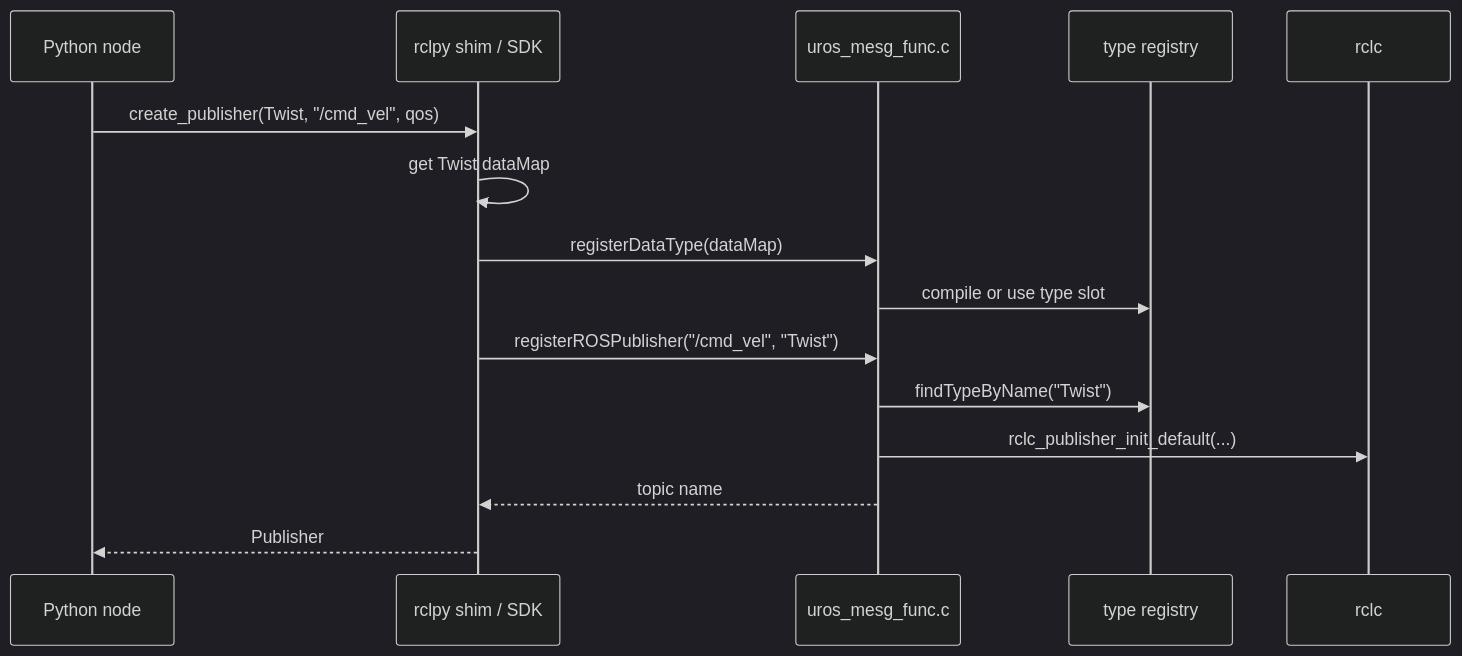
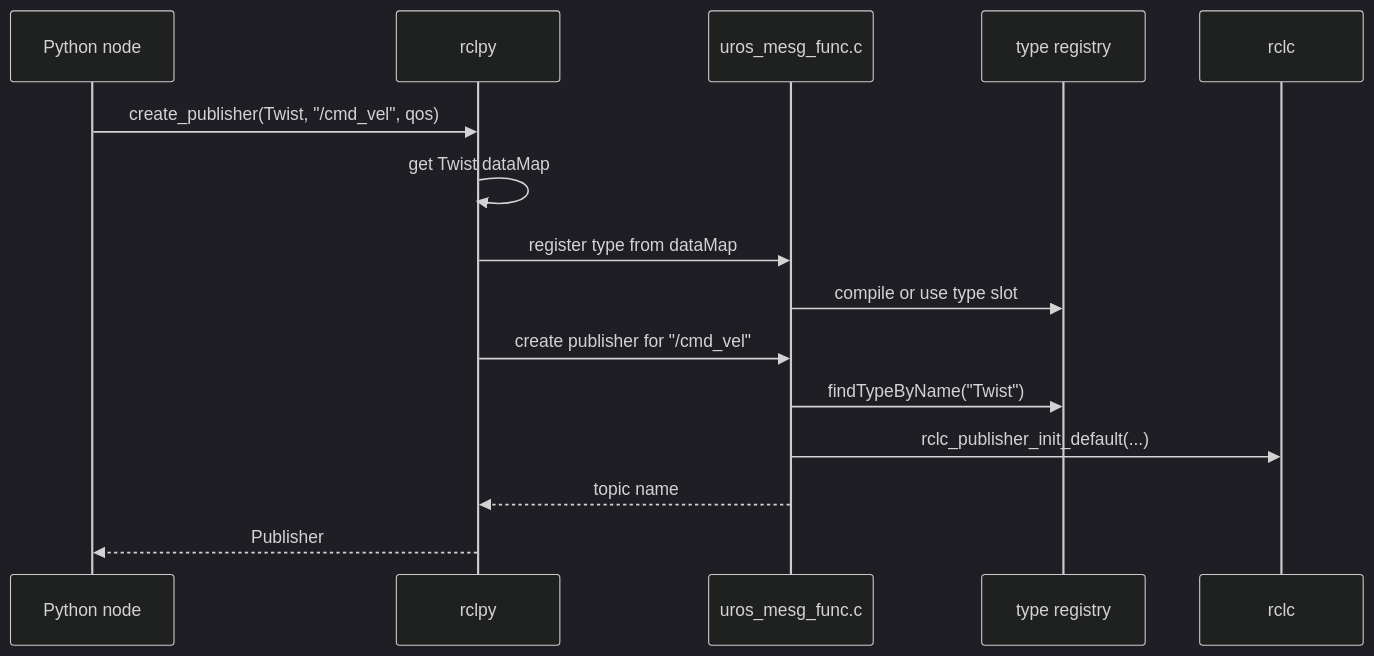
One commit to ROSMicroPy/ROSMicroPy changed the third of 7 diagrams in docs/type-support-and-serialization.md. Above: the diagram before and after it, drawn with Mermaid (dark theme). The commit also changed other lines of this file and 7 other files, not shown here.

````diff
--- a/docs/type-support-and-serialization.md
+++ b/docs/type-support-and-serialization.md
@@ -239,18 +230,18 @@
 ```mermaid
 sequenceDiagram
     participant Py as Python node
-    participant API as rclpy shim / SDK
+    participant API as rclpy
     participant Msg as uros_mesg_func.c
     participant Types as type registry
     participant RCLC as rclc
 
     Py->>API: create_publisher(Twist, "/cmd_vel", qos)
     API->>API: get Twist dataMap
-    API->>Msg: registerDataType(dataMap)
+    API->>Msg: register type from dataMap
     Msg->>Types: compile or use type slot
-    API->>Msg: registerROSPublisher("/cmd_vel", "Twist")
+    API->>Msg: create publisher for "/cmd_vel"
     Msg->>Types: findTypeByName("Twist")
     Msg->>RCLC: rclc_publisher_init_default(...)
     Msg-->>API: topic name
     API-->>Py: Publisher
 ```
````
